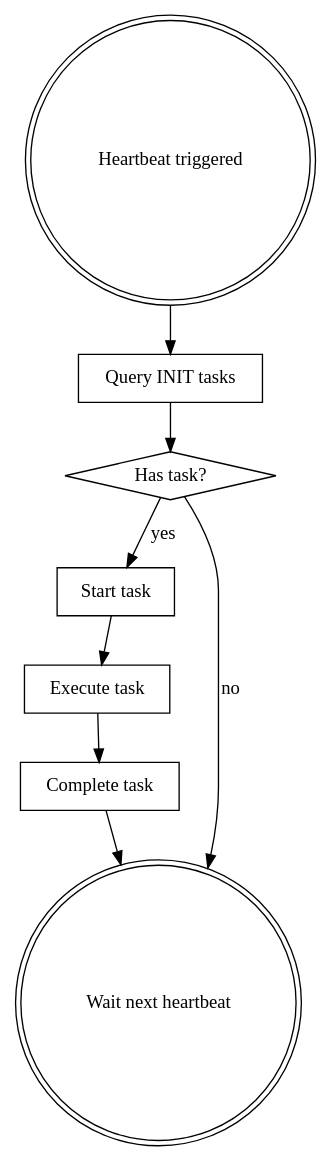
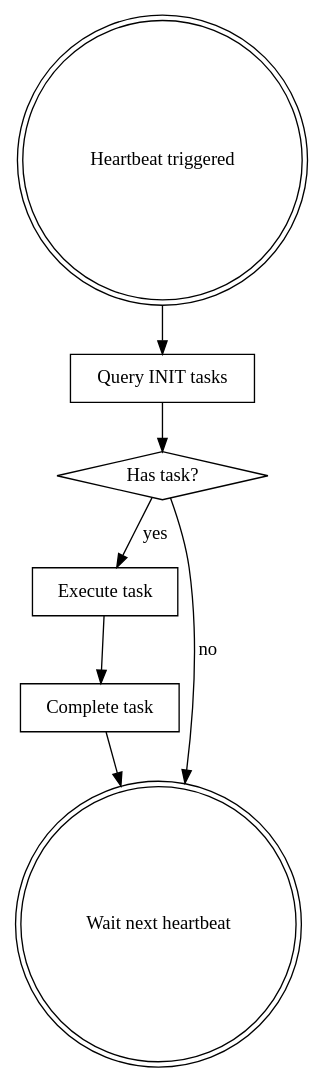
One commit to tibbersfeng-hash/claw-test changed the second of 2 diagrams in skills/dev-task.md. Above: the diagram before and after it, drawn with Graphviz. The commit also changed other lines of this file, not shown here.

````diff
--- a/skills/dev-task.md
+++ b/skills/dev-task.md
@@ -195,19 +189,17 @@
 ```dot
 digraph heartbeat {
     "Heartbeat triggered" [shape=doublecircle];
     "Query INIT tasks" [shape=box];
     "Has task?" [shape=diamond];
-    "Start task" [shape=box];
     "Execute task" [shape=box];
     "Complete task" [shape=box];
     "Wait next heartbeat" [shape=doublecircle];
 
     "Heartbeat triggered" -> "Query INIT tasks";
     "Query INIT tasks" -> "Has task?";
-    "Has task?" -> "Start task" [label="yes"];
+    "Has task?" -> "Execute task" [label="yes"];
     "Has task?" -> "Wait next heartbeat" [label="no"];
-    "Start task" -> "Execute task";
     "Execute task" -> "Complete task";
     "Complete task" -> "Wait next heartbeat";
 }
 ```
````
